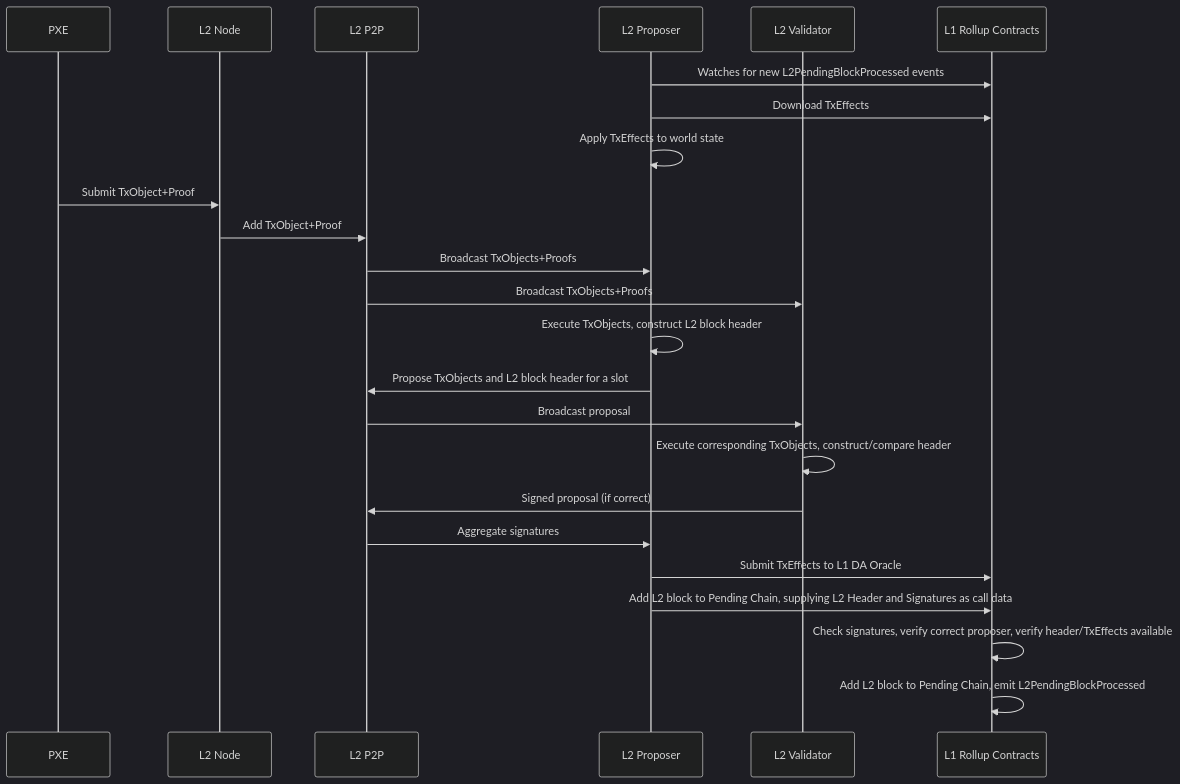
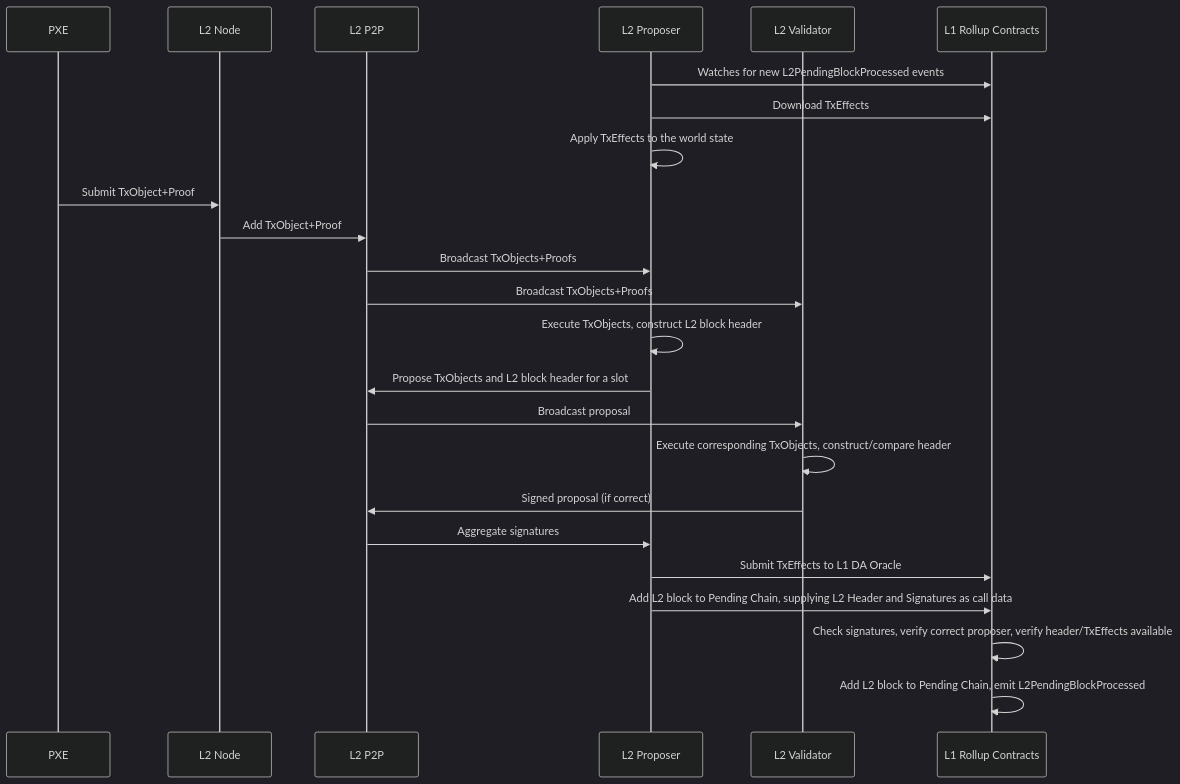
Before and after one commit to AztecProtocol/engineering-designs: the first of 2 diagrams in in-progress/7482-sequencer-prover-test-net.md, drawn with Mermaid (dark theme). The commit also changed other lines of this file, not shown here.

Commit message:
Typos 7482-sequencer-prover-test-net.md

````diff
--- a/in-progress/7482-sequencer-prover-test-net.md
+++ b/in-progress/7482-sequencer-prover-test-net.md
@@ -125,27 +125,27 @@
 ```mermaid
 sequenceDiagram
     participant PXE as PXE
     participant L2N as L2 Node
     participant MP as L2 P2P
     participant P as L2 Proposer
     participant V as L2 Validator
     participant L1R as L1 Rollup Contracts
 
     P->>L1R: Watches for new L2PendingBlockProcessed events
     P->>L1R: Download TxEffects
-    P->>P: Apply TxEffects to world state
+    P->>P: Apply TxEffects to the world state
     PXE->>L2N: Submit TxObject+Proof
     L2N->>MP: Add TxObject+Proof
     MP->>P: Broadcast TxObjects+Proofs
     MP->>V: Broadcast TxObjects+Proofs
     P->>P: Execute TxObjects, construct L2 block header
     P->>MP: Propose TxObjects and L2 block header for a slot 
     MP->>V: Broadcast proposal
     V->>V: Execute corresponding TxObjects, construct/compare header
     V->>MP: Signed proposal (if correct)
     MP->>P: Aggregate signatures
     P->>L1R: Submit TxEffects to L1 DA Oracle
     P->>L1R: Add L2 block to Pending Chain, supplying L2 Header and Signatures as call data
     L1R->>L1R: Check signatures, verify correct proposer, verify header/TxEffects available
     L1R->>L1R: Add L2 block to Pending Chain, emit L2PendingBlockProcessed
 ```
````
